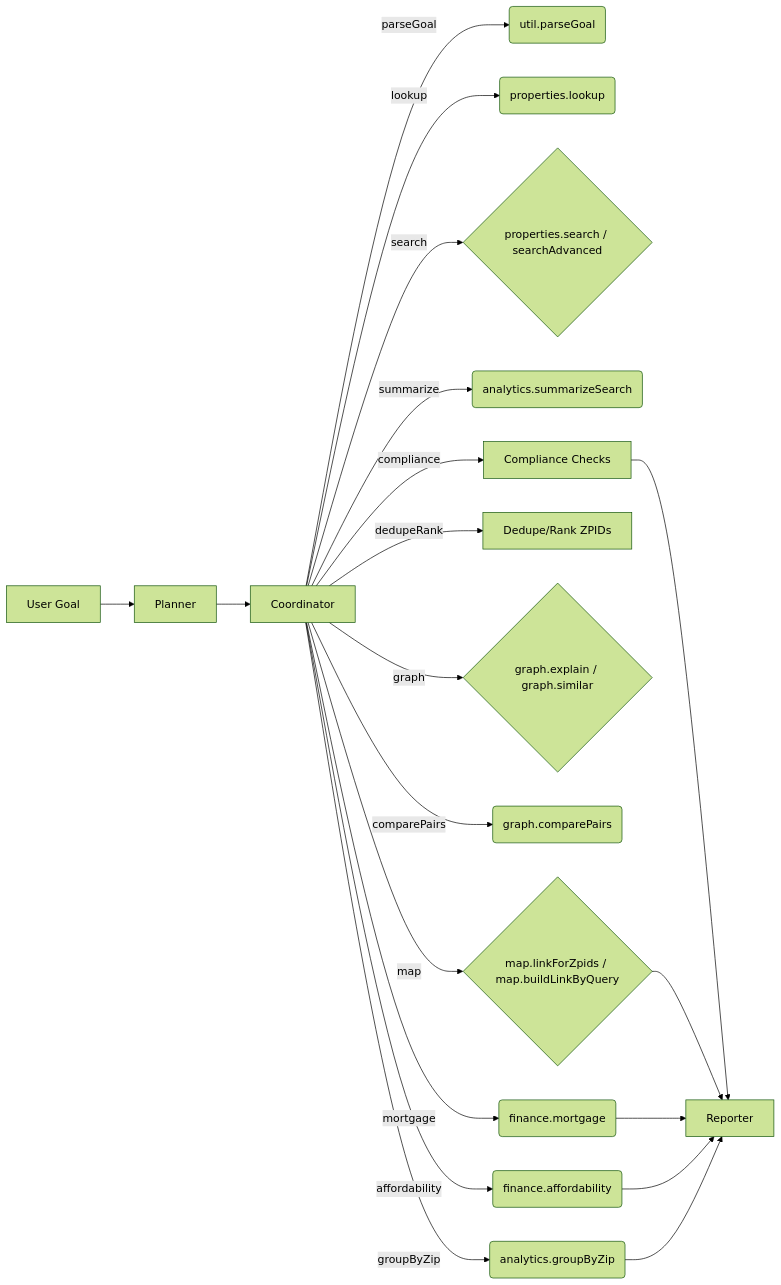
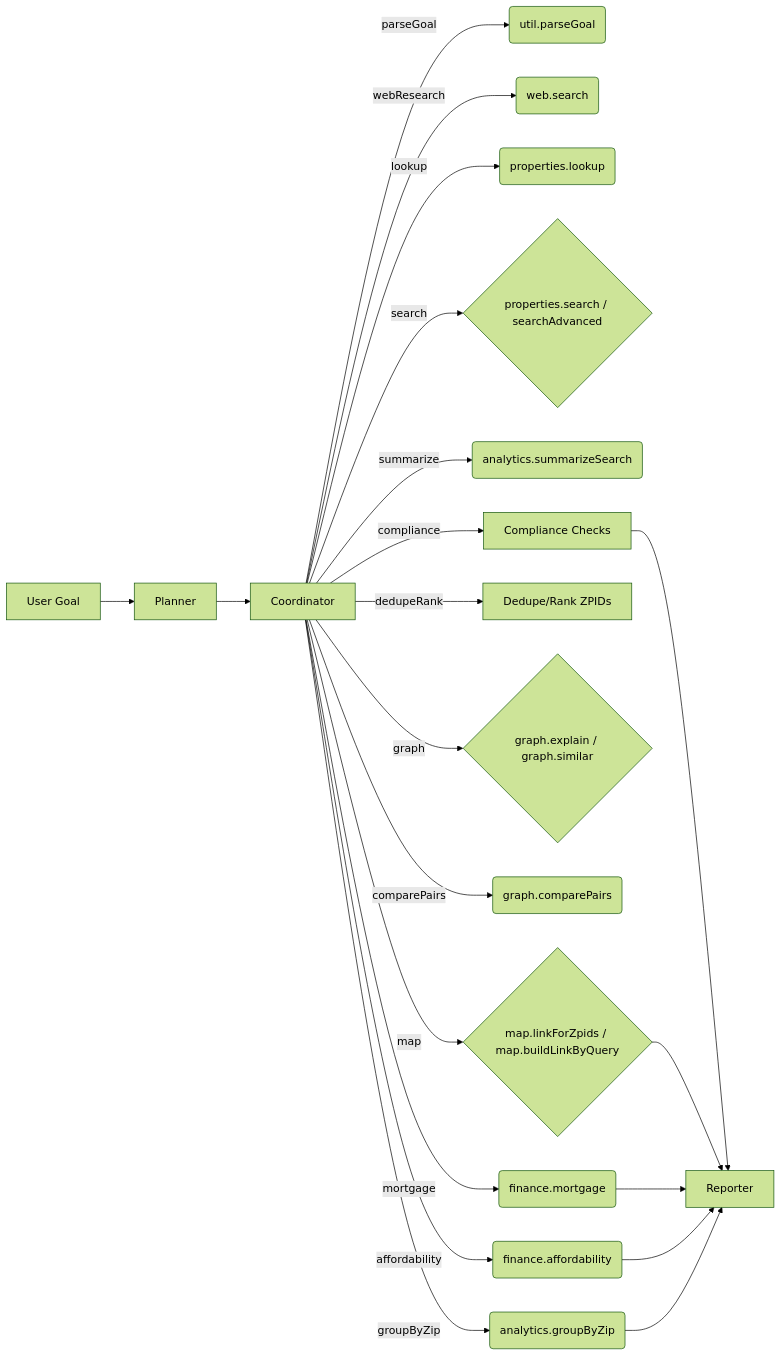
Before and after one commit to hoangsonww/EstateWise-Chapel-Hill-Chatbot: the sixth of 9 diagrams in agentic-ai/README.md, drawn with Mermaid (forest theme). The commit also changed other lines of this file and 17 other files, not shown here.

Commit message:
feat(web): add web search and fetch tools for internet research capabilities

````diff
--- a/agentic-ai/README.md
+++ b/agentic-ai/README.md
@@ -1056,22 +1057,23 @@
 ```mermaid
 flowchart LR
   U[User Goal] --> P[Planner]
   P --> C[Coordinator]
   C -->|parseGoal| Parse(util.parseGoal)
+  C -->|webResearch| Web(web.search)
   C -->|lookup| Lookup(properties.lookup)
   C -->|search| Search{properties.search / searchAdvanced}
   C -->|summarize| Summ(analytics.summarizeSearch)
   C -->|groupByZip| Group(analytics.groupByZip)
   C -->|dedupeRank| Rank[Dedupe/Rank ZPIDs]
   C -->|graph| Graph{graph.explain / graph.similar}
   C -->|comparePairs| Pairs(graph.comparePairs)
   C -->|map| Map{map.linkForZpids / map.buildLinkByQuery}
   C -->|mortgage| Mort(finance.mortgage)
   C -->|affordability| Aff(finance.affordability)
   C -->|compliance| Comp[Compliance Checks]
   Comp --> R[Reporter]
   Map --> R
   Mort --> R
   Aff --> R
   Group --> R
 ```
````
